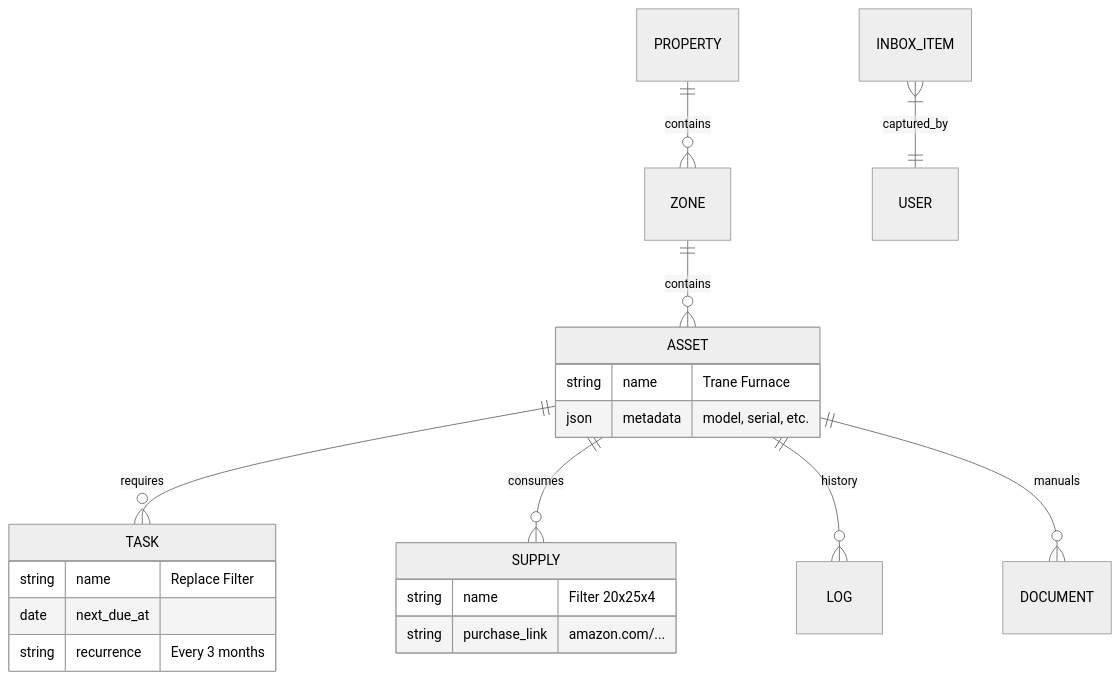
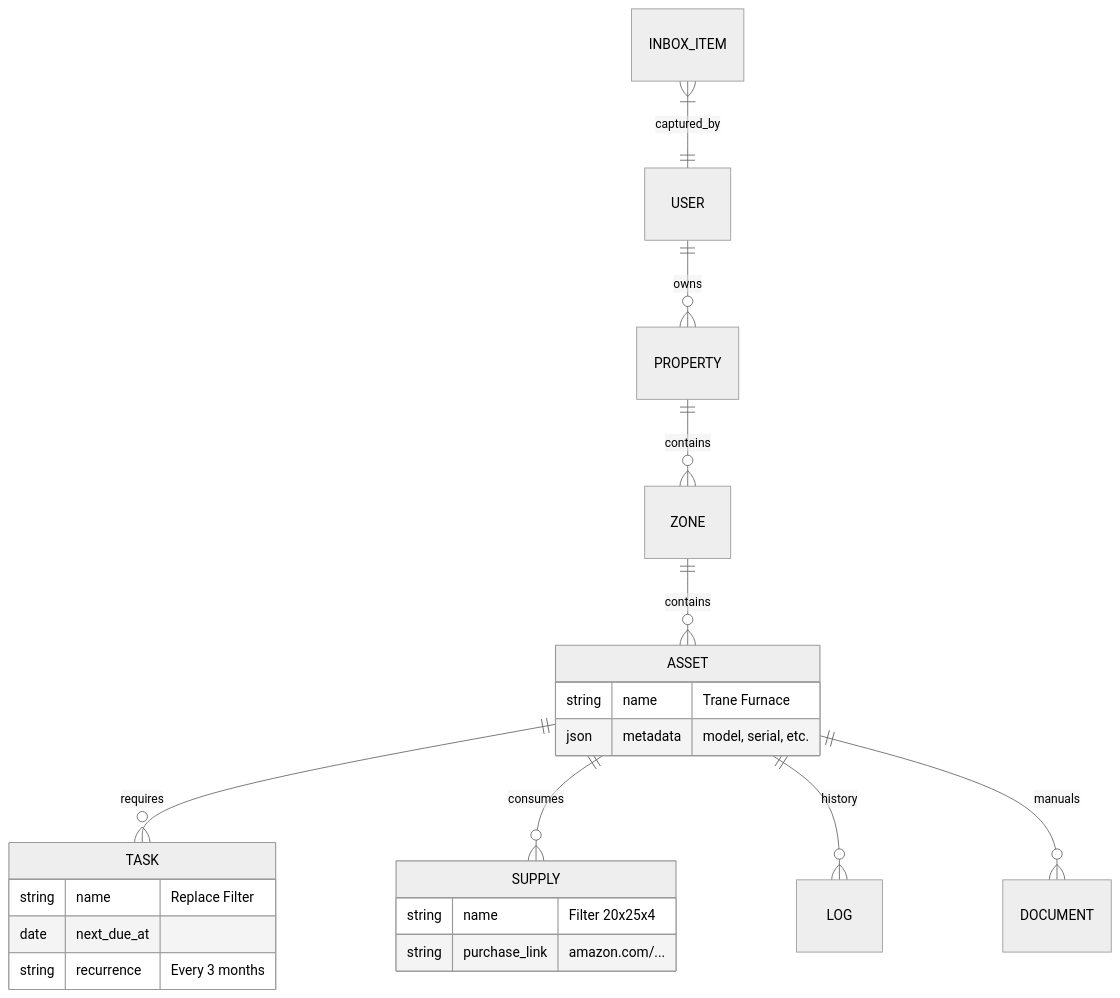
Before and after one commit to abdihashii/haven: the fourth of 4 diagrams in docs/product-spec.md, drawn with Mermaid (neutral theme). The commit also changed other lines of this file, not shown here.

Commit message:
docs: enhance product spec by adding connections in flow diagram and defining user-property relationship in data model

````diff
--- a/docs/product-spec.md
+++ b/docs/product-spec.md
@@ -100,28 +101,29 @@
 ```mermaid
 erDiagram
+    USER ||--o{ PROPERTY : owns
     PROPERTY ||--o{ ZONE : contains
     ZONE ||--o{ ASSET : contains
 
     ASSET ||--o{ TASK : requires
     ASSET ||--o{ SUPPLY : consumes
     ASSET ||--o{ LOG : history
     ASSET ||--o{ DOCUMENT : manuals
 
     INBOX_ITEM }|--|| USER : captured_by
 
     ASSET {
         string name "Trane Furnace"
         json metadata "model, serial, etc."
     }
 
     SUPPLY {
         string name "Filter 20x25x4"
         string purchase_link "amazon.com/..."
     }
 
     TASK {
         string name "Replace Filter"
         date next_due_at
         string recurrence "Every 3 months"
     }
 ```
````
